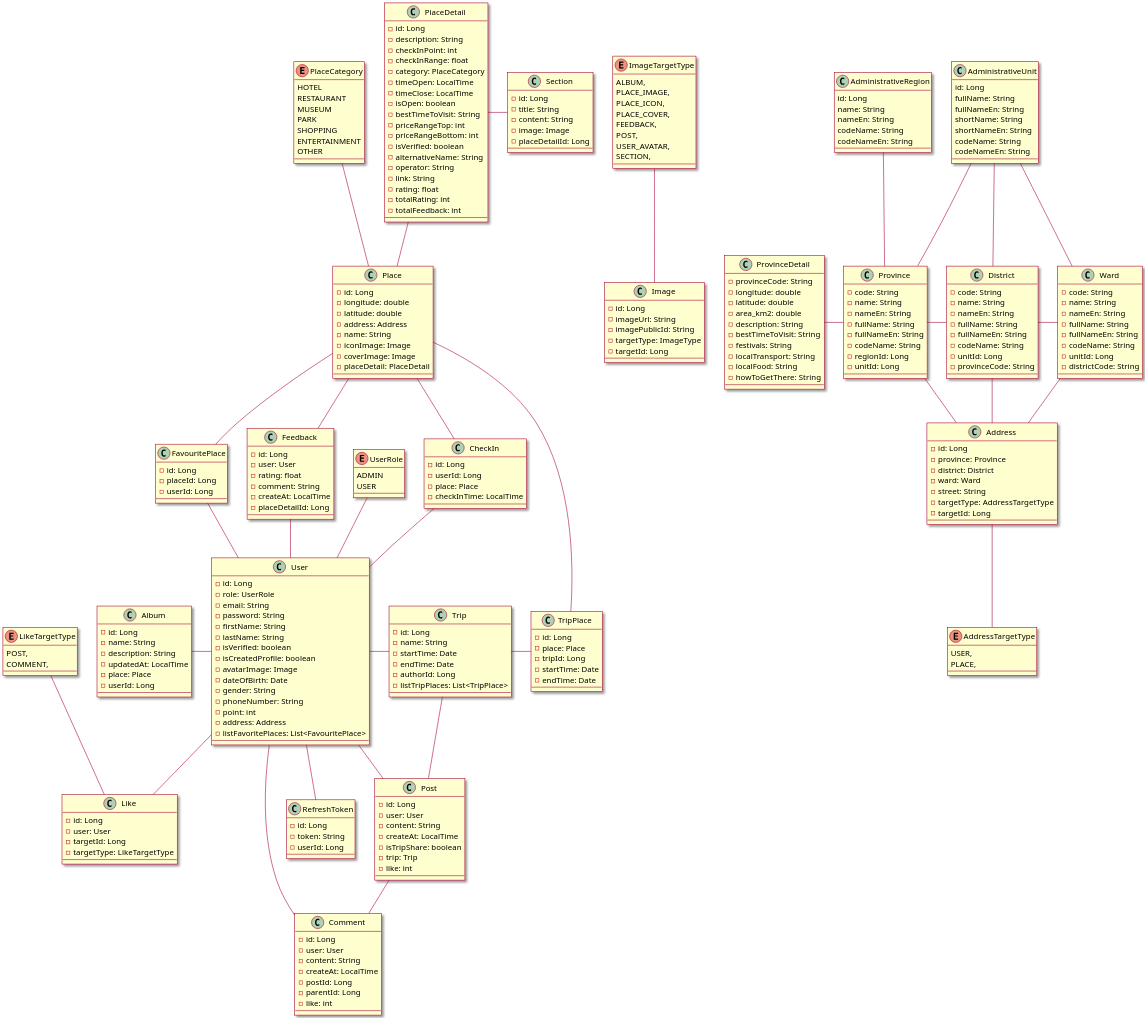
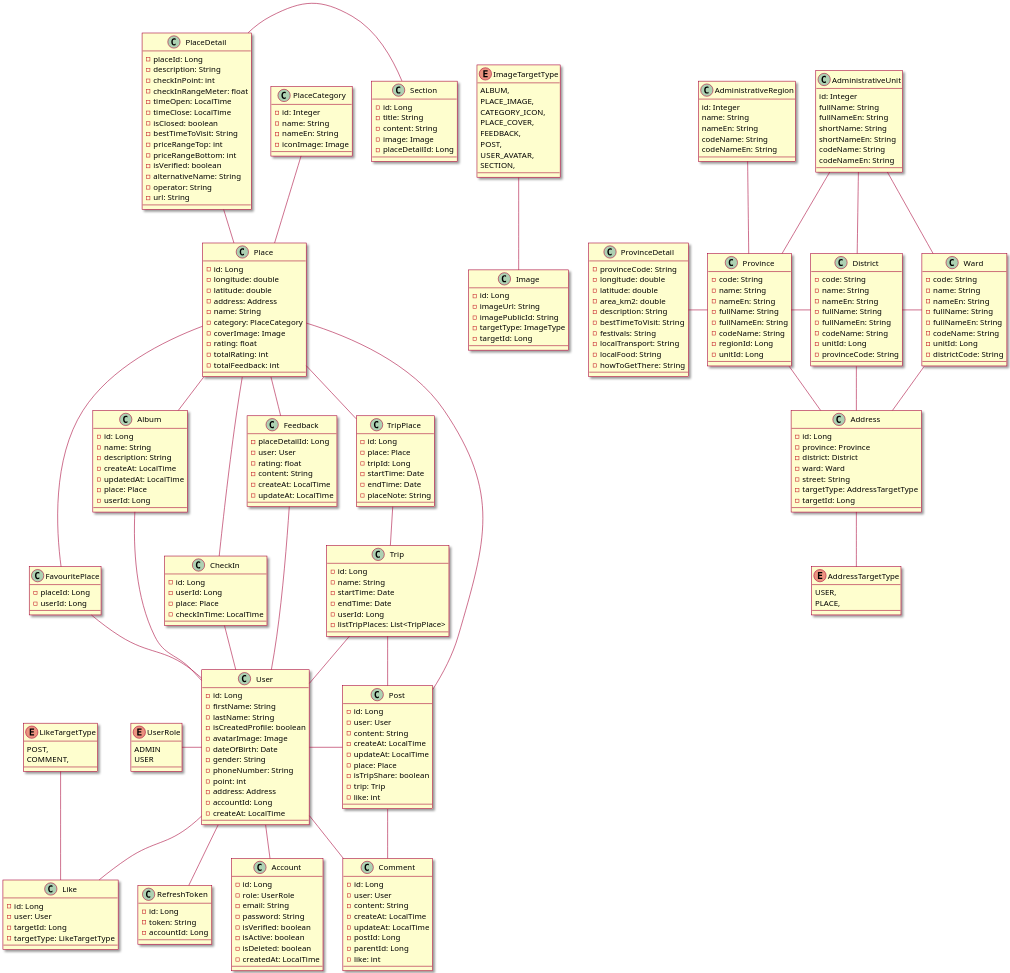
One commit to Griselda4774/WanderFun_Diagram changed the diagram in Class/Class.puml. Above: the diagram before and after it, drawn with PlantUML. The commit also changed 2 other files, not shown here.

```diff
--- a/Class/Class.puml
+++ b/Class/Class.puml
@@ -4,7 +4,7 @@
 scale 2
 
 class AdministrativeRegion {
-    id: Long
+    id: Integer
     name: String
     nameEn: String
     codeName: String
@@ -13,7 +13,7 @@
 }
 
 class AdministrativeUnit {
-    id: Long
+    id: Integer
     fullName: String
     fullNameEn: String
     shortName: String
@@ -94,7 +94,7 @@
 enum ImageTargetType {
     ALBUM,
     PLACE_IMAGE,
-    PLACE_ICON,
+    CATEGORY_ICON,
     PLACE_COVER,
     FEEDBACK,
     POST,
@@ -106,19 +106,33 @@
     - id: Long
     - name: String
     - description: String
+    - createAt: LocalTime
     - updatedAt: LocalTime
     - place: Place
     - userId: Long
 }
 
-class User {
+class Account {
     - id: Long
     - role: UserRole
     - email: String
     - password: String
+    - isVerified: boolean
+    - isActive: boolean
+    - isDeleted: boolean
+    - createdAt: LocalTime
+}
+
+class RefreshToken {
+    - id: Long
+    - token: String
+    - accountId: Long
+}
+
+class User {
+    - id: Long
     - firstName: String
     - lastName: String
-    - isVerified: boolean
     - isCreatedProfile: boolean
     - avatarImage: Image
     - dateOfBirth: Date
@@ -126,7 +140,25 @@
     - phoneNumber: String
     - point: int
     - address: Address
-    - listFavoritePlaces: List<FavouritePlace>
+    - accountId: Long
+    - createAt: LocalTime
+}
+
+enum UserRole {
+    ADMIN
+    USER
+}
+
+class CheckIn {
+    - id: Long
+    - userId: Long
+    - place: Place
+    - checkInTime: LocalTime
+}
+
+class FavouritePlace {
+    - placeId: Long
+    - userId: Long
 }
 
 class Place {
@@ -135,39 +167,37 @@
     - latitude: double
     - address: Address
     - name: String
-    - iconImage: Image
+    - category: PlaceCategory
     - coverImage: Image
-    - placeDetail: PlaceDetail
+    - rating: float
+    - totalRating: int
+    - totalFeedback: int
 }
 
 class PlaceDetail {
-    - id: Long
+    - placeId: Long
     - description: String
     - checkInPoint: int
-    - checkInRange: float
-    - category: PlaceCategory
+    - checkInRangeMeter: float
     - timeOpen: LocalTime
     - timeClose: LocalTime
-    - isOpen: boolean
+    - isClosed: boolean
     - bestTimeToVisit: String
     - priceRangeTop: int
     - priceRangeBottom: int
     - isVerified: boolean
     - alternativeName: String
     - operator: String
-    - link: String
-    - rating: float
-    - totalRating: int
-    - totalFeedback: int
+    - url: String
 }
 
 class Feedback {
-    - id: Long
+    - placeDetailId: Long
     - user: User
     - rating: float
-    - comment: String
+    - content: String
     - createAt: LocalTime
-    - placeDetailId: Long
+    - updateAt: LocalTime
 }
 
 class Section {
@@ -178,10 +208,11 @@
     - placeDetailId: Long
 }
 
-class FavouritePlace {
-    - id: Long
-    - placeId: Long
-    - userId: Long
+class PlaceCategory {
+    - id: Integer
+    - name: String
+    - nameEn: String
+    - iconImage: Image
 }
 
 class Trip {
@@ -189,7 +220,7 @@
     - name: String
     - startTime: Date
     - endTime: Date
-    - authorId: Long
+    - userId: Long
     - listTripPlaces: List<TripPlace>
 }
 
@@ -199,27 +230,7 @@
     - tripId: Long
     - startTime: Date
     - endTime: Date
-}
-
-enum UserRole {
-    ADMIN
-    USER
-}
-
-enum PlaceCategory {
-    HOTEL
-    RESTAURANT
-    MUSEUM
-    PARK
-    SHOPPING
-    ENTERTAINMENT
-    OTHER
-}
-
-class RefreshToken {
-    - id: Long
-    - token: String
-    - userId: Long
+    - placeNote: String
 }
 
 class Post {
@@ -227,6 +238,8 @@
     - user: User
     - content: String
     - createAt: LocalTime
+    - updateAt: LocalTime
+    - place: Place
     - isTripShare: boolean
     - trip: Trip
     - like: int
@@ -237,6 +250,7 @@
     - user: User
     - content: String
     - createAt: LocalTime
+    - updateAt: LocalTime
     - postId: Long
     - parentId: Long
     - like: int
@@ -254,41 +268,31 @@
     COMMENT,
 }
 
-class CheckIn {
-    - id: Long
-    - userId: Long
-    - place: Place
-    - checkInTime: LocalTime
-}
-
-User -right- Trip
-User -left- Album
+User -up- Trip
+User -up- Album
 User -up- FavouritePlace
 User -down- RefreshToken
-User -down- Post
-User -down- Comment
+User -right- Post
+User -right- Comment
 User -up- CheckIn
 User -down- Like
-User -up- UserRole
+User -left- UserRole
+User -down- Account
 
-' Album -left- AlbumImage
-' Album -up- Place
-
-Trip -right- TripPlace
+Trip -up- TripPlace
 
 Place -down- Feedback
 Place -up- PlaceDetail
 Place -up- PlaceCategory
-' Place -up- PlaceImage
 Place -down- FavouritePlace
 Place -down- CheckIn
 Place -down- TripPlace
+Place -down- Album
+Place -down- Post
 
 PlaceDetail -right- Section
 
-
-' Feedback -up- FeedbackImage
-Feedback -right- User
+Feedback -down- User
 
 Province -up- AdministrativeUnit
 Province -up- AdministrativeRegion
@@ -301,10 +305,7 @@
 Ward -left- District
 
 Post -down- Comment
-' Post -up- Like
 Post -up- Trip
-
-' Comment -up- Like
 
 Address -up- Province
 Address -up- District
```
